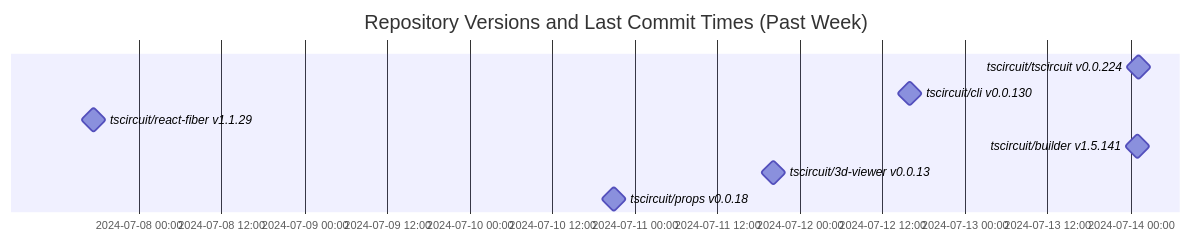
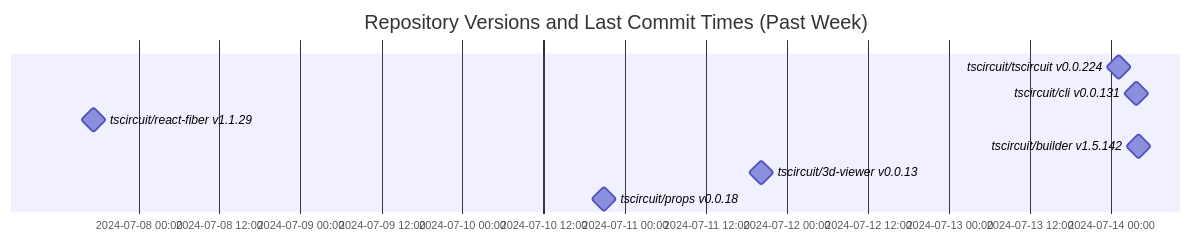
Before and after one commit to tscircuit/version-tracker: the diagram in README.md, drawn with Mermaid.

Commit message:
Update chart

````diff
--- a/README.md
+++ b/README.md
@@ -1,13 +1,13 @@
 ```mermaid
 gantt
   dateFormat  YYYY-MM-DD HH:mm:ss
   title Repository Versions and Last Commit Times (Past Week)
   axisFormat %Y-%m-%d %H:%M
 
   tscircuit/tscircuit v0.0.224 : milestone, 2024-07-14 01:11:10, 1s
-  tscircuit/cli v0.0.130 : milestone, 2024-07-12 15:54:19, 1s
+  tscircuit/cli v0.0.131 : milestone, 2024-07-14 03:44:08, 1s
   tscircuit/react-fiber v1.1.29 : milestone, 2024-07-07 17:23:26, 1s
-  tscircuit/builder v1.5.141 : milestone, 2024-07-14 00:57:31, 1s
+  tscircuit/builder v1.5.142 : milestone, 2024-07-14 04:03:17, 1s
   tscircuit/3d-viewer v0.0.13 : milestone, 2024-07-11 20:12:35, 1s
   tscircuit/props v0.0.18 : milestone, 2024-07-10 20:59:29, 1s
 ```
````
